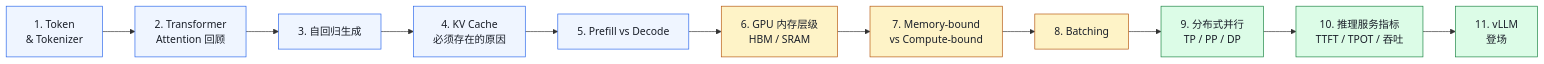
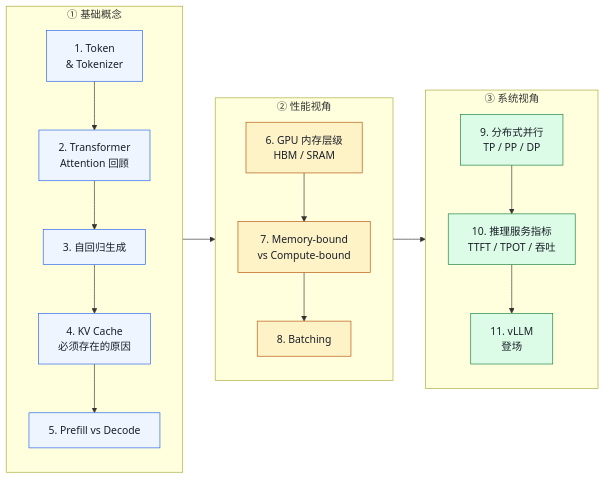
The first of 7 diagrams in 01-overview/00-prerequisites.md (jwzheng96/vllm-learning-book), drawn with Mermaid before and after one commit.

Commit message:
style: 学习路径图改三段分组布局，11 节点不再横向挤压
按文档已有的三色分组（基础/性能/系统）用 subgraph 框起，
组内竖排、组间横排，横向宽度从 11 格缩到 3 格，
每个节点框变宽变高，标题与副标题清晰可读。
节点内容、颜色 classDef 保持不变，仅重排版面。

````diff
--- a/01-overview/00-prerequisites.md
+++ b/01-overview/00-prerequisites.md
@@ -29,20 +29,30 @@
 ```mermaid
 flowchart LR
-    A["1. Token<br/>& Tokenizer"] --> B["2. Transformer<br/>Attention 回顾"]
-    B --> C["3. 自回归生成"]
-    C --> D["4. KV Cache<br/>必须存在的原因"]
-    D --> E["5. Prefill vs Decode"]
-    E --> F["6. GPU 内存层级<br/>HBM / SRAM"]
-    F --> G["7. Memory-bound<br/>vs Compute-bound"]
-    G --> H["8. Batching"]
-    H --> I["9. 分布式并行<br/>TP / PP / DP"]
-    I --> J["10. 推理服务指标<br/>TTFT / TPOT / 吞吐"]
-    J --> K["11. vLLM<br/>登场"]
+    subgraph S1["① 基础概念"]
+        direction TB
+        A["1. Token<br/>& Tokenizer"] --> B["2. Transformer<br/>Attention 回顾"]
+        B --> C["3. 自回归生成"]
+        C --> D["4. KV Cache<br/>必须存在的原因"]
+        D --> E["5. Prefill vs Decode"]
+    end
+    subgraph S2["② 性能视角"]
+        direction TB
+        F["6. GPU 内存层级<br/>HBM / SRAM"]
+        F --> G["7. Memory-bound<br/>vs Compute-bound"]
+        G --> H["8. Batching"]
+    end
+    subgraph S3["③ 系统视角"]
+        direction TB
+        I["9. 分布式并行<br/>TP / PP / DP"]
+        I --> J["10. 推理服务指标<br/>TTFT / TPOT / 吞吐"]
+        J --> K["11. vLLM<br/>登场"]
+    end
+    S1 --> S2 --> S3
 
     classDef base fill:#eff5ff,stroke:#2563eb,color:#1a1f29;
     classDef perf fill:#fef3c7,stroke:#b45309,color:#1a1f29;
     classDef sys  fill:#dcfce7,stroke:#15803d,color:#1a1f29;
     class A,B,C,D,E base;
     class F,G,H perf;
     class I,J,K sys;
 ```
````
